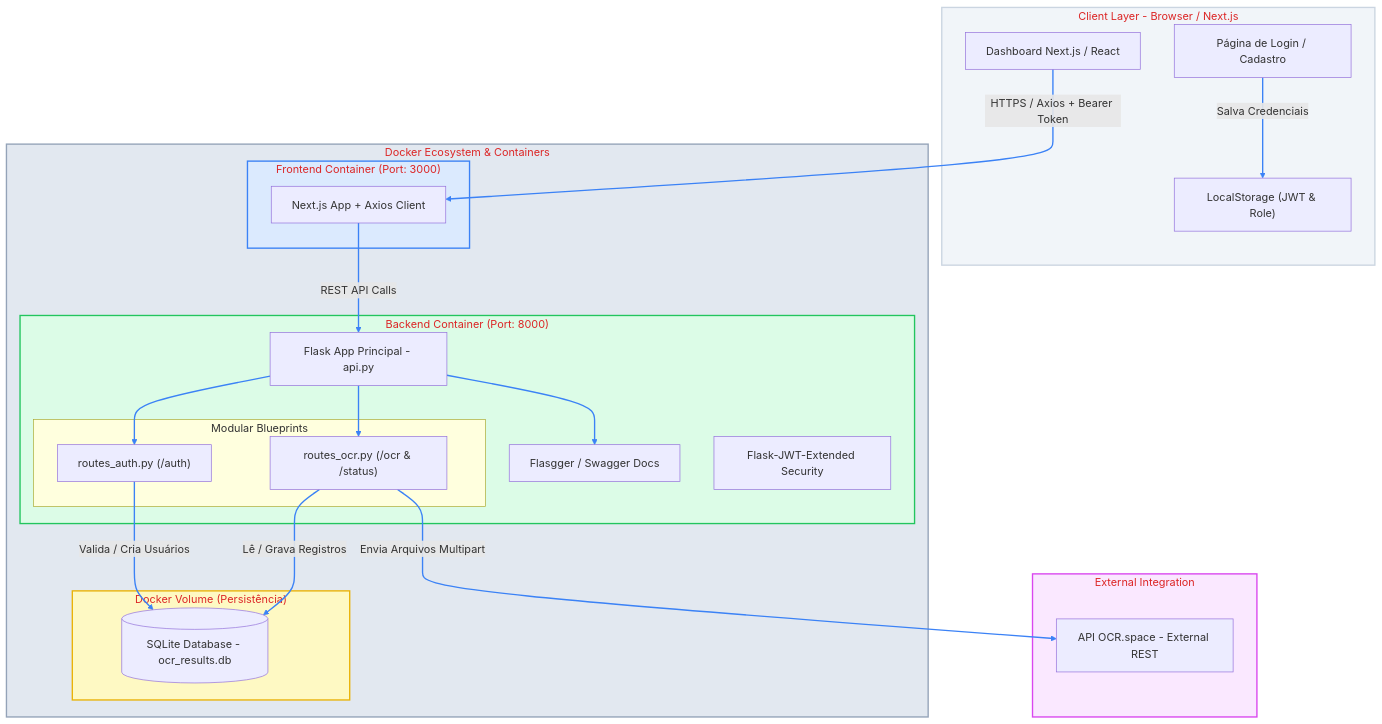
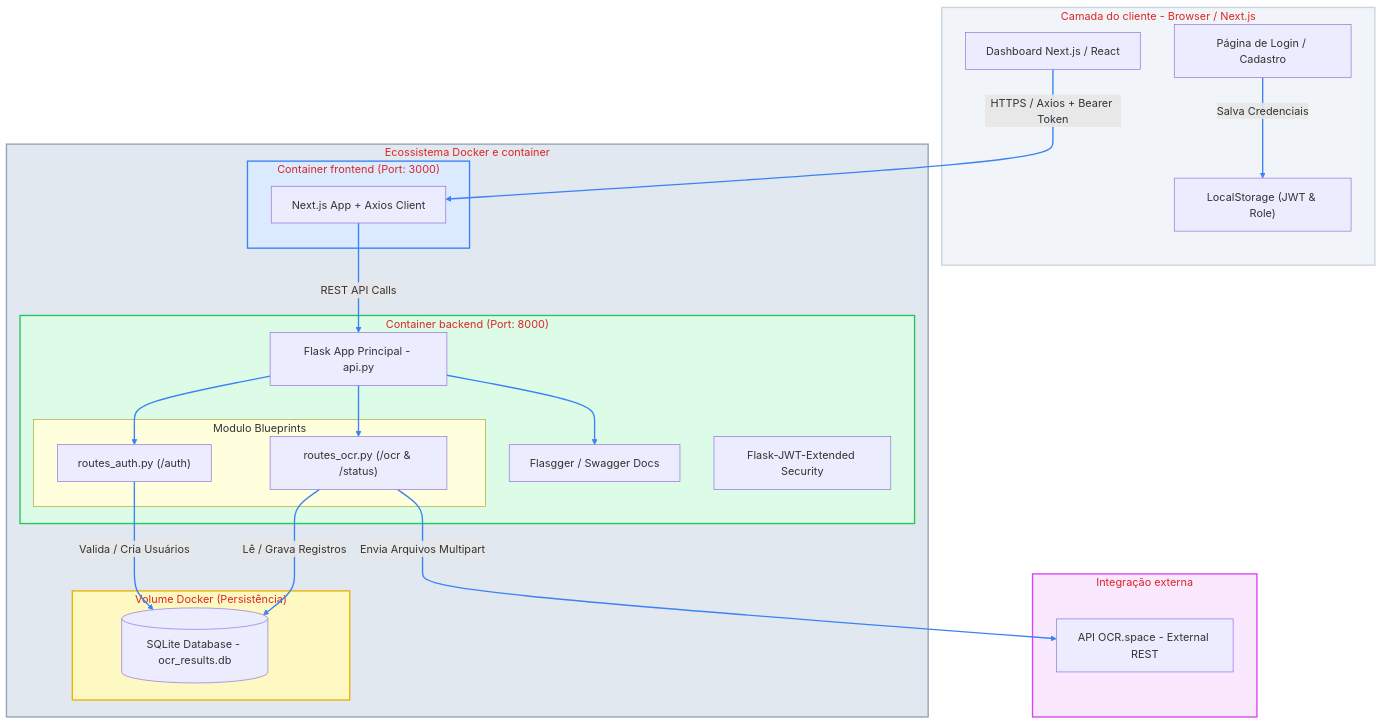
Before and after one commit to 7silasmelo7/frontendocr: the diagram in README.md, drawn with Mermaid.

````diff
--- a/README.md
+++ b/README.md
@@ -72,62 +72,62 @@
 ```mermaid
 graph TD
     %% Camada de Cliente / Frontend
-    subgraph Client ["Client Layer - Browser / Next.js"]
+    subgraph Client ["Camada do cliente - Browser / Next.js"]
         UI["Dashboard Next.js / React"]
         AuthUI["Página de Login / Cadastro"]
         Store["LocalStorage (JWT & Role)"]
     end
 
     %% Ecossistema Docker
-    subgraph Docker ["Docker Ecosystem & Containers"]
+    subgraph Docker ["Ecossistema Docker e container"]
         
-        subgraph FE_Container ["Frontend Container (Port: 3000)"]
+        subgraph FE_Container ["Container frontend (Port: 3000)"]
             NextApp["Next.js App + Axios Client"]
         end
 
-        subgraph BE_Container ["Backend Container (Port: 8000)"]
+        subgraph BE_Container ["Container backend (Port: 8000)"]
             FlaskCore["Flask App Principal - api.py"]
             SwaggerUI["Flasgger / Swagger Docs"]
             
-            subgraph Blueprints ["Modular Blueprints"]
+            subgraph Blueprints ["Modulo Blueprints"]
                 AuthBP["routes_auth.py (/auth)"]
                 OcrBP["routes_ocr.py (/ocr & /status)"]
             end
             
             JWT["Flask-JWT-Extended Security"]
         end
 
-        subgraph Volume ["Docker Volume (Persistência)"]
+        subgraph Volume ["Volume Docker (Persistência)"]
             DB[(SQLite Database - ocr_results.db)]
         end
     end
 
     %% Integração Externa
-    subgraph External ["External Integration"]
+    subgraph External ["Integração externa"]
         OCRAPI["API OCR.space - External REST"]
     end
 
     %% Conexões e Fluxos
     UI -->|HTTPS / Axios + Bearer Token| NextApp
     AuthUI -->|Salva Credenciais| Store
     NextApp -->|REST API Calls| FlaskCore
     
     FlaskCore --> AuthBP
     FlaskCore --> OcrBP
     FlaskCore --> SwaggerUI
     
     AuthBP -->|Valida / Cria Usuários| DB
     OcrBP -->|Lê / Grava Registros| DB
     OcrBP -->|Envia Arquivos Multipart| OCRAPI
 
     %% Estilização aplicada (caixas e textos)
     style Client fill:#f1f5f9,stroke:#cbd5e1,stroke-width:2px,color:#dc2626
     style Docker fill:#e2e8f0,stroke:#94a3b8,stroke-width:2px,color:#dc2626
     style FE_Container fill:#dbeafe,stroke:#3b82f6,stroke-width:2px,color:#dc2626
     style BE_Container fill:#dcfce7,stroke:#22c55e,stroke-width:2px,color:#dc2626
     style Volume fill:#fef9c3,stroke:#eab308,stroke-width:2px,color:#dc2626
     style External fill:#fae8ff,stroke:#d946ef,stroke-width:2px,color:#dc2626
 
     %% Estilização das setas (Azul)
     linkStyle 0,1,2,3,4,5,6,7,8 stroke:#3b82f6,stroke-width:2px;
 ```
````
